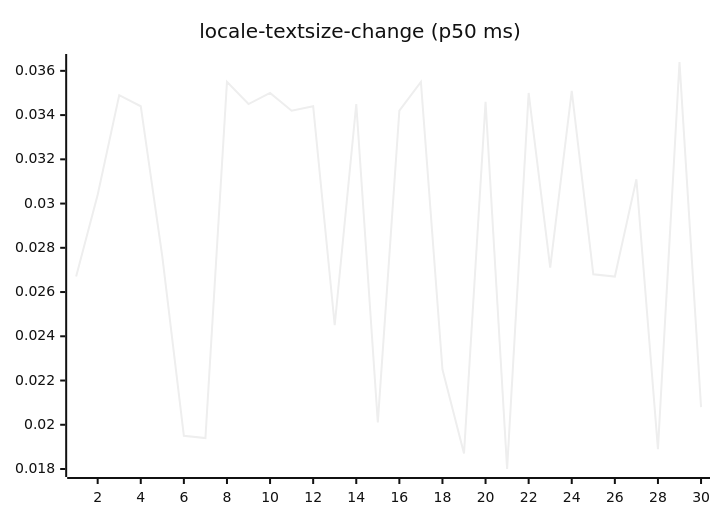
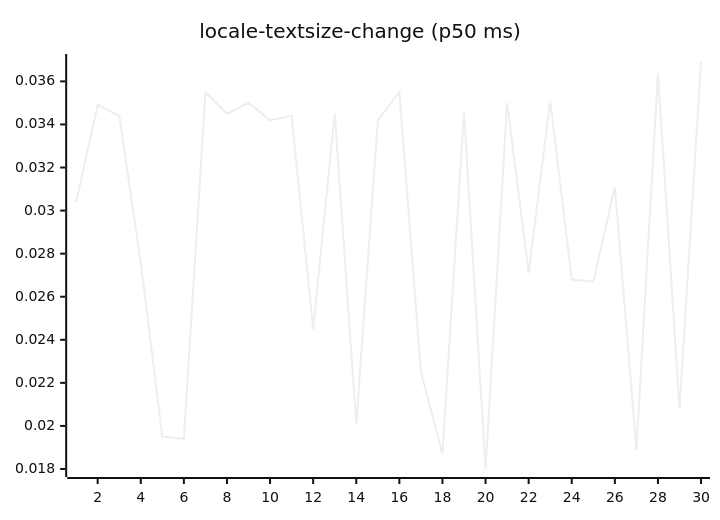
One commit to josha/Facet changed diagram 13 of 27 in README.md. Above: the diagram before and after it, drawn with Mermaid (neutral theme). The commit also changed other lines of this file and 2 other files, not shown here.

````diff
--- a/README.md
+++ b/README.md
@@ -147,6 +147,6 @@
 ```mermaid
 xychart-beta
     title "locale-textsize-change (p50 ms)"
     x-axis 1 --> 30
-    line [0.0267, 0.0304, 0.0349, 0.0344, 0.0276, 0.0195, 0.0194, 0.0355, 0.0345, 0.0350, 0.0342, 0.0344, 0.0245, 0.0345, 0.0201, 0.0342, 0.0355, 0.0225, 0.0187, 0.0346, 0.0180, 0.0350, 0.0271, 0.0351, 0.0268, 0.0267, 0.0311, 0.0189, 0.0364, 0.0208]
+    line [0.0304, 0.0349, 0.0344, 0.0276, 0.0195, 0.0194, 0.0355, 0.0345, 0.0350, 0.0342, 0.0344, 0.0245, 0.0345, 0.0201, 0.0342, 0.0355, 0.0225, 0.0187, 0.0346, 0.0180, 0.0350, 0.0271, 0.0351, 0.0268, 0.0267, 0.0311, 0.0189, 0.0364, 0.0208, 0.0369]
 ```
````
